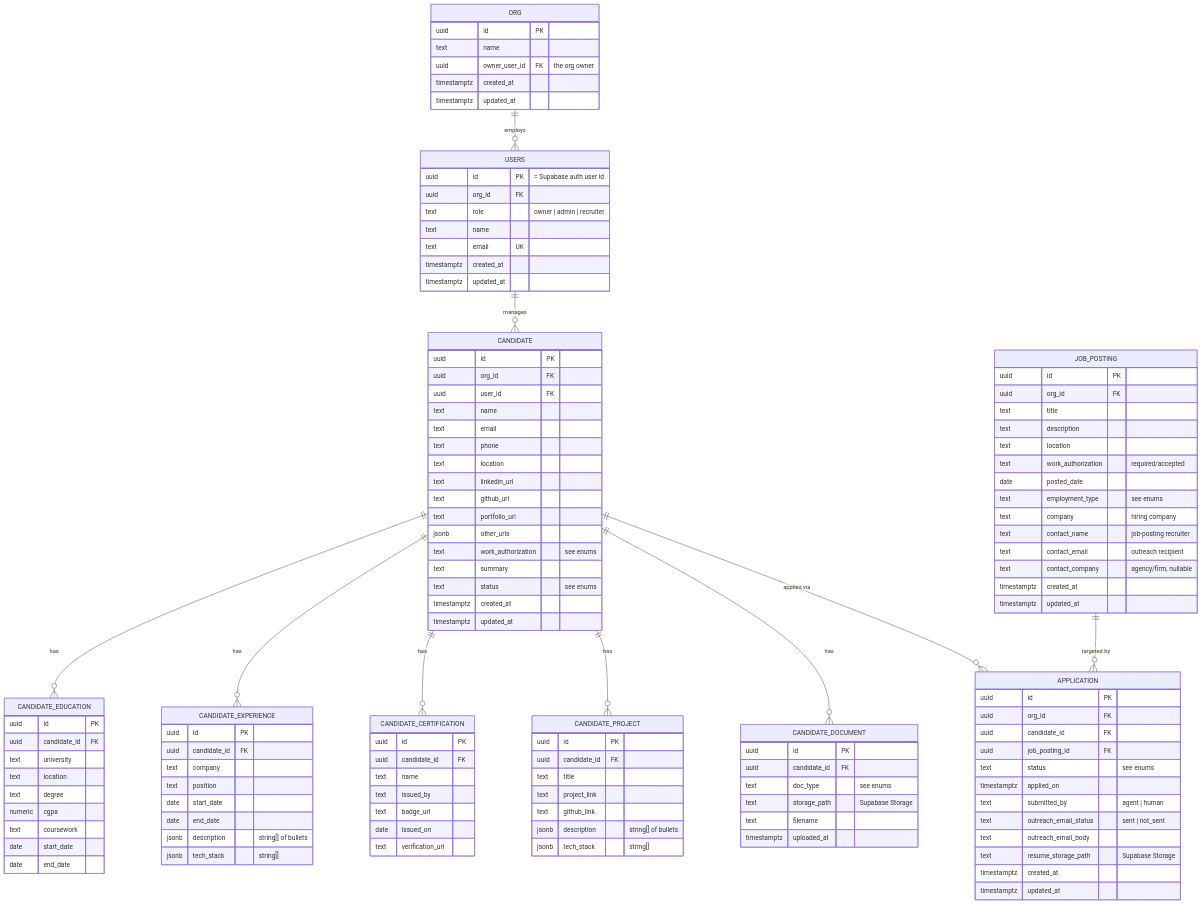
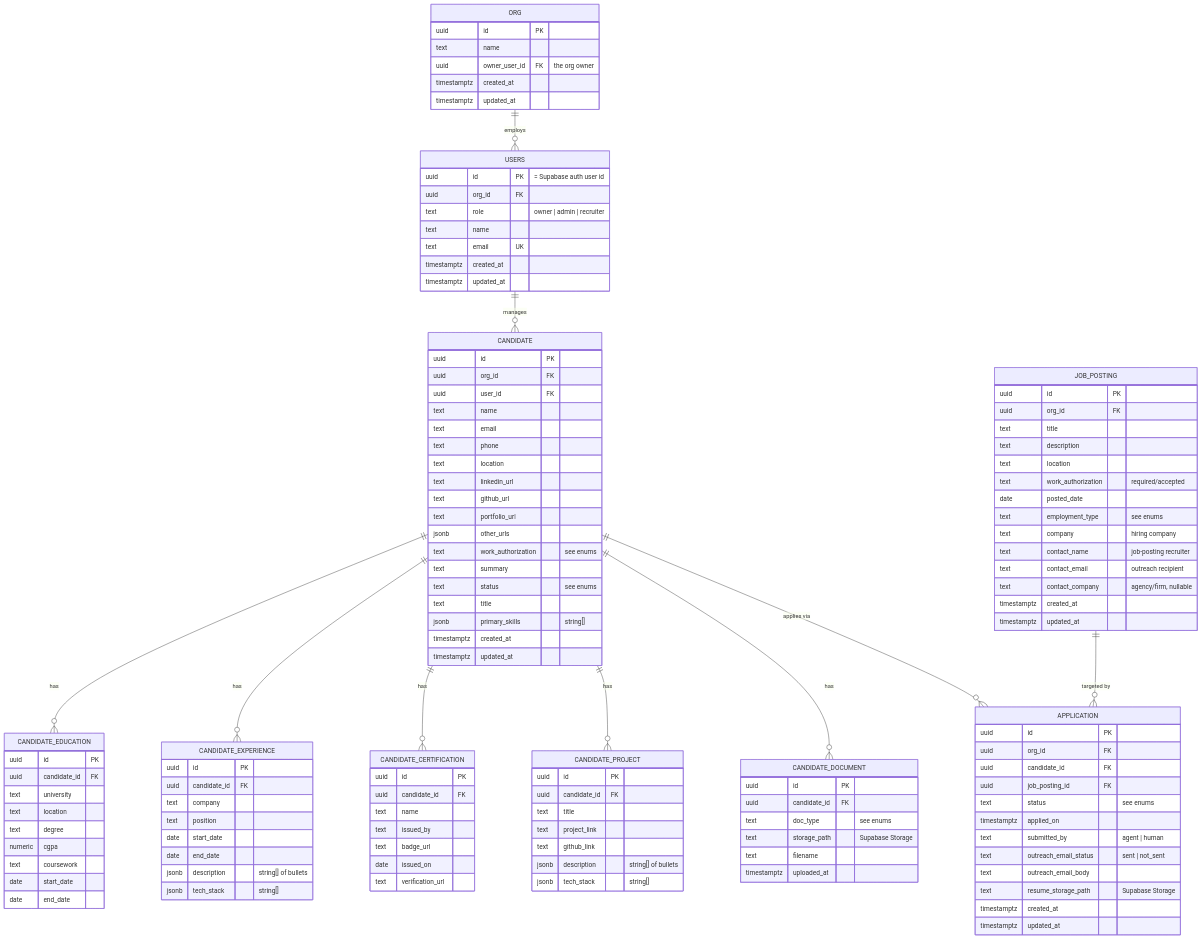
One commit to nikhil-chigali/bench-recruiter-agent changed the diagram in docs/database-schema-v1.md. Above: the diagram before and after it, drawn with Mermaid. The commit also changed other lines of this file and 2 other files, not shown here.

Commit message:
Add migration for candidate.title and candidate.primary_skills

```diff
--- a/docs/database-schema-v1.md
+++ b/docs/database-schema-v1.md
@@ -54,6 +54,8 @@
         text work_authorization "see enums"
         text summary
         text status "see enums"
+        text title
+        jsonb primary_skills "string[]"
         timestamptz created_at
         timestamptz updated_at
     }
```
